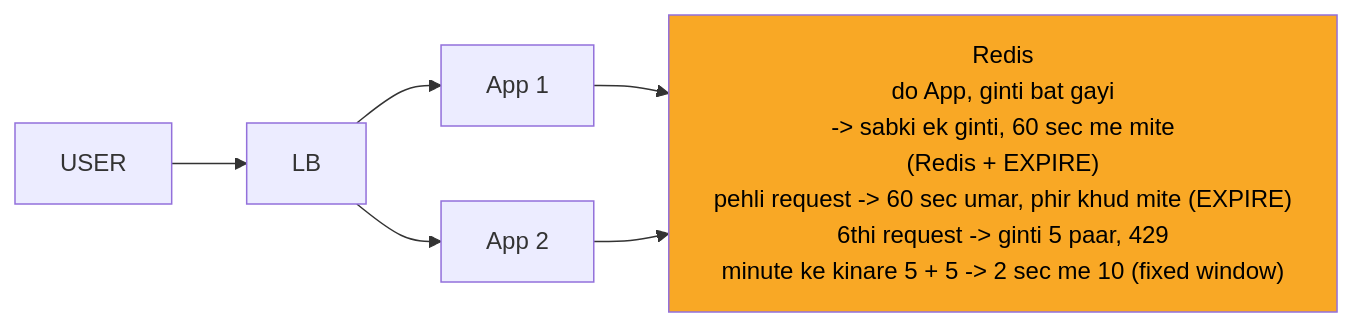
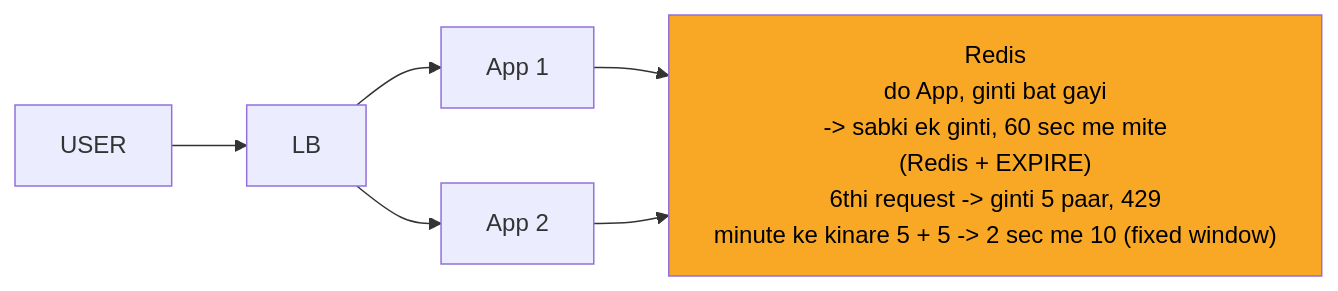
The second of 11 diagrams in 04_HLD/SYSTEM_DESIGNS/02_rate_limiter/02_rate_limiter.md (ArpanMaheshwari144/Prep), drawn with Mermaid before and after one commit. The commit also changed other lines of this file and 13 other files, not shown here.

````diff
--- a/04_HLD/SYSTEM_DESIGNS/02_rate_limiter/02_rate_limiter.md
+++ b/04_HLD/SYSTEM_DESIGNS/02_rate_limiter/02_rate_limiter.md
@@ -115,15 +115,15 @@
 ```mermaid
 %%{init: {"flowchart": {"wrappingWidth": 450}}}%%
 flowchart LR
     n_USER["USER"]
     n_LB["LB"]
     n_App_x_N_1["App 1"]
     n_App_x_N_2["App 2"]
-    n_Redis["Redis<br/>do App, ginti bat gayi<br/>-> sabki ek ginti, 60 sec me mite<br/>(Redis + EXPIRE)<br/>pehli request -> 60 sec umar, phir khud mite (EXPIRE)<br/>6thi request -> ginti 5 paar, 429<br/>minute ke kinare 5 + 5 -> 2 sec me 10 (fixed window)"]
+    n_Redis["Redis<br/>do App, ginti bat gayi<br/>-> sabki ek ginti, 60 sec me mite<br/>(Redis + EXPIRE)<br/>6thi request -> ginti 5 paar, 429<br/>minute ke kinare 5 + 5 -> 2 sec me 10 (fixed window)"]
     n_USER --> n_LB
     n_LB --> n_App_x_N_1
     n_LB --> n_App_x_N_2
     n_App_x_N_1 --> n_Redis
     n_App_x_N_2 --> n_Redis
     style n_Redis fill:#f9a825,color:#000
 ```
````
